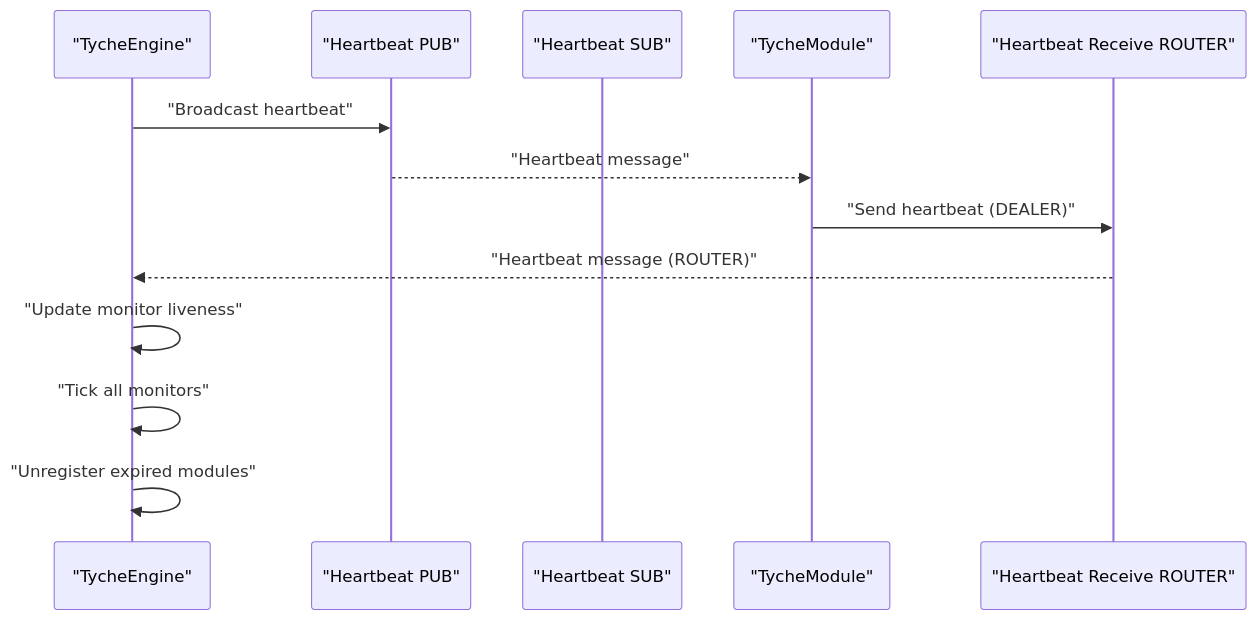
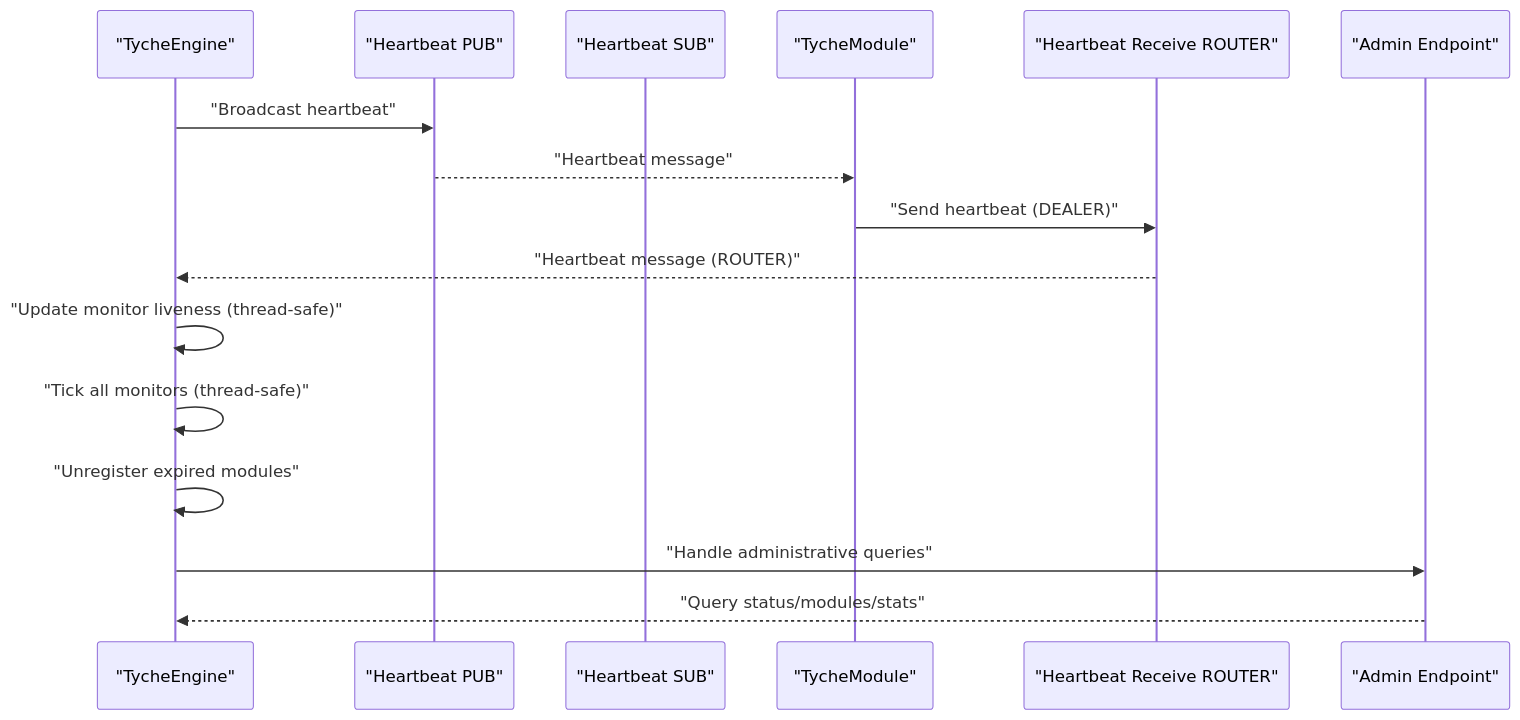
Before and after one commit to zt281/TycheEngine: the second of 11 diagrams in .qoder/repowiki/en/content/Heartbeat and Reliability.md, drawn with Mermaid. The commit also changed other lines of this file and 34 other files, not shown here.

````diff
--- a/.qoder/repowiki/en/content/Heartbeat and Reliability.md
+++ b/.qoder/repowiki/en/content/Heartbeat and Reliability.md
@@ -105,15 +119,18 @@
 ```mermaid
 sequenceDiagram
 participant Engine as "TycheEngine"
 participant HB_PUB as "Heartbeat PUB"
 participant HB_SUB as "Heartbeat SUB"
 participant Module as "TycheModule"
 participant HB_RECV as "Heartbeat Receive ROUTER"
+participant Admin as "Admin Endpoint"
 Engine->>HB_PUB : "Broadcast heartbeat"
 HB_PUB-->>Module : "Heartbeat message"
 Module->>HB_RECV : "Send heartbeat (DEALER)"
 HB_RECV-->>Engine : "Heartbeat message (ROUTER)"
-Engine->>Engine : "Update monitor liveness"
-Engine->>Engine : "Tick all monitors"
+Engine->>Engine : "Update monitor liveness (thread-safe)"
+Engine->>Engine : "Tick all monitors (thread-safe)"
 Engine->>Engine : "Unregister expired modules"
+Engine->>Admin : "Handle administrative queries"
+Admin-->>Engine : "Query status/modules/stats"
 ```
````
